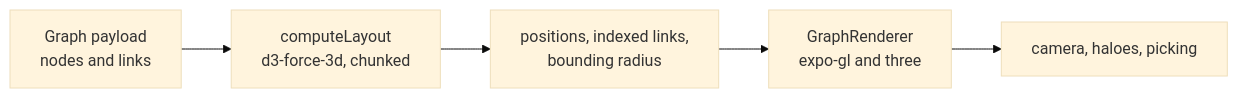
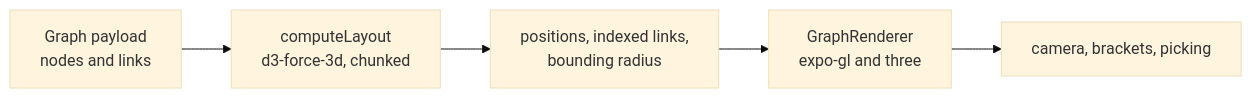
One commit to tejasnasa/illume changed the diagram in docs/mobile/graph-renderer.md. Above: the diagram before and after it, drawn with Mermaid (base theme). The commit also changed other lines of this file and 12 other files, not shown here.

Commit message:
fix(mobile): Guard the dependency graph against lost GL surfaces and bad input

````diff
--- a/docs/mobile/graph-renderer.md
+++ b/docs/mobile/graph-renderer.md
@@ -14,7 +14,7 @@
 ```mermaid
 flowchart LR
   G["Graph payload<br/>nodes and links"] --> L["computeLayout<br/>d3-force-3d, chunked"]
   L --> P["positions, indexed links,<br/>bounding radius"]
   P --> R["GraphRenderer<br/>expo-gl and three"]
-  R --> C["camera, haloes, picking"]
+  R --> C["camera, brackets, picking"]
 ```
````
